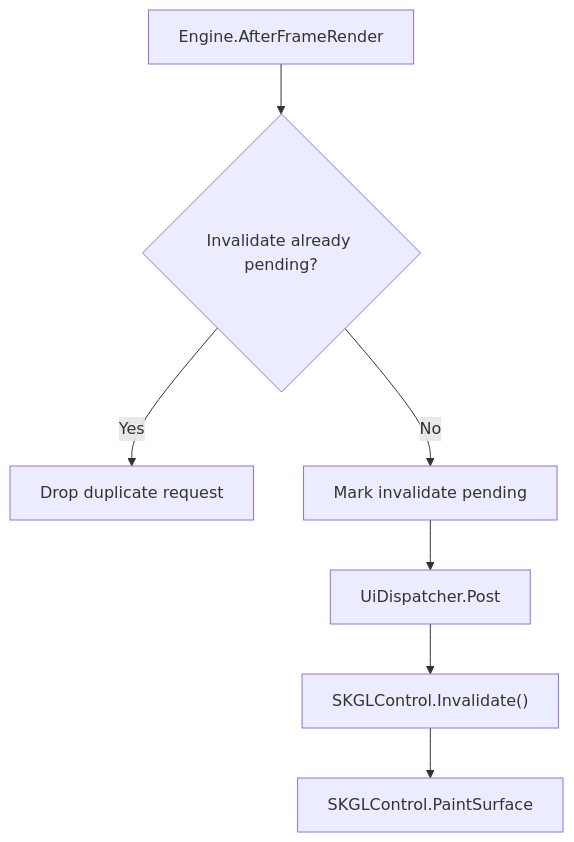
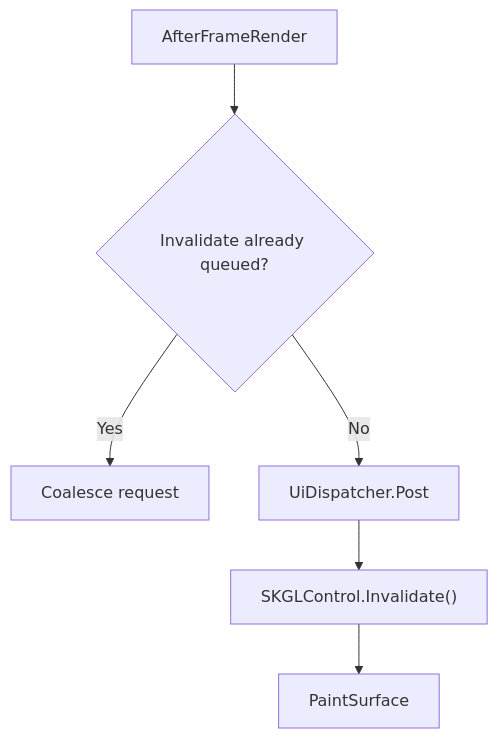
Before and after one commit to Isthimius/Gondwana: the third of 4 diagrams in docs/wiki/GL-Rendering-Path.md, drawn with Mermaid. The commit also changed other lines of this file, not shown here.

````diff
--- a/docs/wiki/GL-Rendering-Path.md
+++ b/docs/wiki/GL-Rendering-Path.md
@@ -127,9 +99,8 @@
 ```mermaid
 flowchart TD
-    A["Engine.AfterFrameRender"] --> B{"Invalidate already pending?"}
-    B -- Yes --> C["Drop duplicate request"]
-    B -- No --> D["Mark invalidate pending"]
-    D --> E["UiDispatcher.Post"]
-    E --> F["SKGLControl.Invalidate()"]
-    F --> G["SKGLControl.PaintSurface"]
+    A["AfterFrameRender"] --> B{"Invalidate already queued?"}
+    B -- Yes --> C["Coalesce request"]
+    B -- No --> D["UiDispatcher.Post"]
+    D --> E["SKGLControl.Invalidate()"]
+    E --> F["PaintSurface"]
 ```
````
